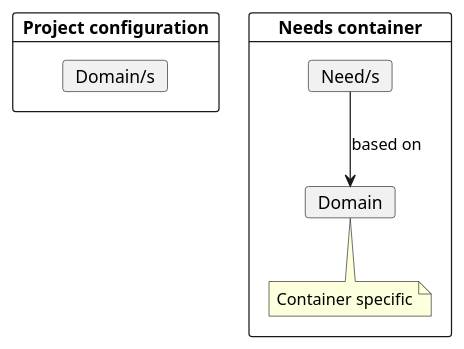
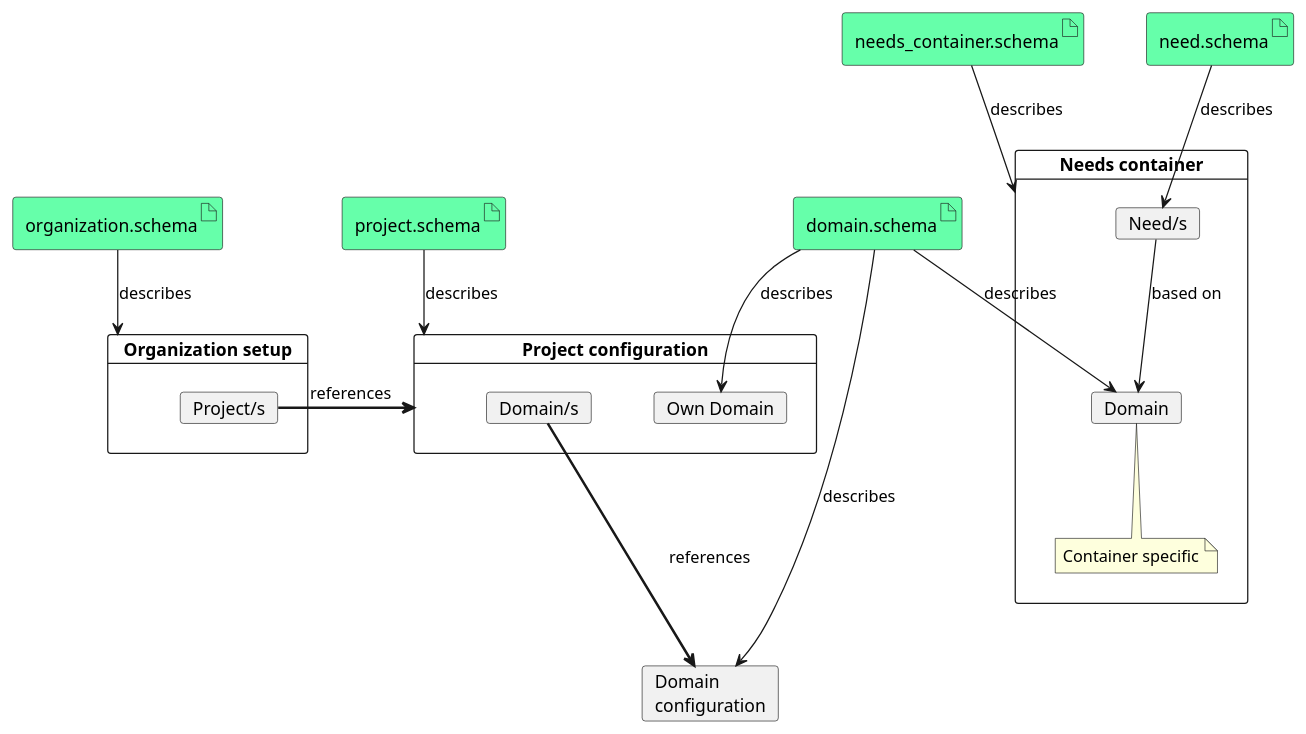
One commit to open-needs/open-needs.github.io changed the diagram in docs/open_needs_models.rst. Above: the diagram before and after it, drawn with PlantUML. The commit also changed other lines of this file and 7 other files, not shown here.

Commit message:
Adds organization model and schemas

```diff
--- a/docs/open_needs_models.rst
+++ b/docs/open_needs_models.rst
@@ -14,20 +14,46 @@
 .. uml::
    :align: center
 
     @startuml
     skinparam nodesep 50
     skinparam ranksep 50
 
-        card "Project configuration" {
-            card "Domain/s" as domain
+        artifact "organization.schema" as s_org  #6fa
+        artifact "project.schema" as s_project  #6fa
+        artifact "domain.schema" as s_domain  #6fa
+        artifact "needs_container.schema" as s_need_cont  #6fa
+        artifact "need.schema" as s_need  #6fa
+
+        card "Organization setup" as org {
+            card "Project/s" as projects
         }
 
-        card "Needs container" {
+        card "Project configuration" as project{
+            card "Own Domain" as domain_own
+            card "Domain/s" as domains
+        }
+
+        card "Domain\nconfiguration" as domain
+
+        card "Needs container" as cont {
             card "Domain" as domain2
             note bottom: Container specific
             card "Need/s" as need
         }
 
         need -d-> domain2: based on
 
+        projects => project : references
+        domains ===> domain : references
+
+        ''Schema links
+
+        s_org --> org : describes
+        s_project --> project : describes
+        s_domain --> domain : describes
+        s_domain --> domain2 : describes
+        s_domain --> domain_own : describes
+        s_need_cont --> cont : describes
+        s_need --> need : describes
+
     @enduml
```
